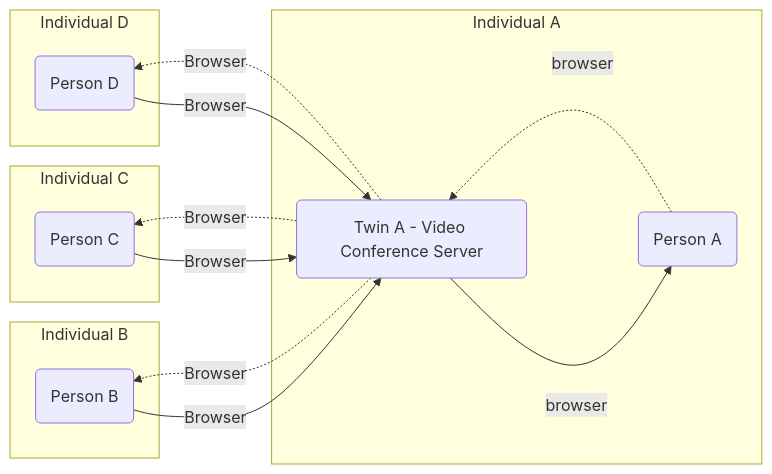
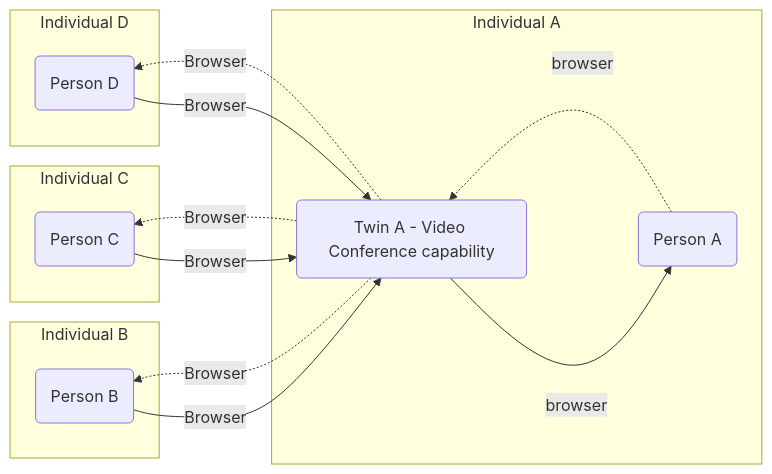
Before and after one commit to ourworldventures/ourworld_books_OLD: the second of 2 diagrams in docs/feasibility_study/src/Capabilities/Communication_video.md, drawn with Mermaid. The commit also changed 36 other files, not shown here.

````diff
--- a/docs/feasibility_study/src/Capabilities/Communication_video.md
+++ b/docs/feasibility_study/src/Capabilities/Communication_video.md
@@ -58,23 +58,23 @@
 ```mermaid
 graph RL
     
     subgraph Individual A
         INDIVIDUALA(Person A)
         INDIVIDUALA .->|browser| TWINA
         TWINA -->|browser| INDIVIDUALA
     end
 
-        TWINA(Twin A - Video Conference Server) .->|Browser| INDIVIDUALB
+        TWINA(Twin A - Video Conference capability) .->|Browser| INDIVIDUALB
         TWINA .->|Browser| INDIVIDUALC
         TWINA .->|Browser| INDIVIDUALD
     subgraph Individual B
         INDIVIDUALB(Person B) -->|Browser| TWINA
     end
     subgraph Individual C
         INDIVIDUALC(Person C) -->|Browser| TWINA
     end
     subgraph Individual D
     INDIVIDUALD(Person D) -->|Browser| TWINA
     end
 
 ```
````
